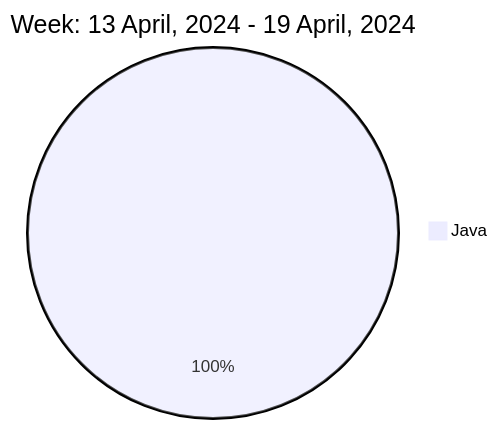
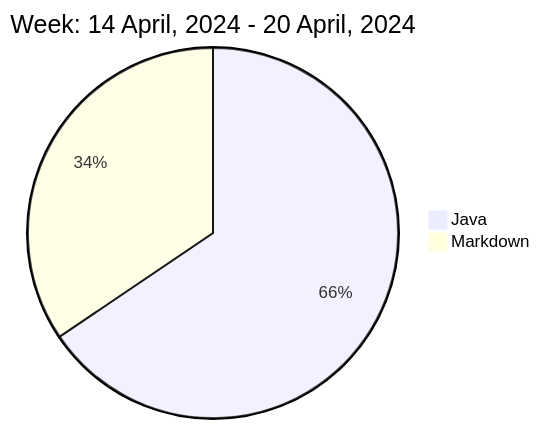
The diagram in README.md (liubin95/liubin95), drawn with Mermaid before and after one commit.

Commit message:
Updated the Graph with new Metrics

````diff
--- a/README.md
+++ b/README.md
@@ -37,5 +37,6 @@
 ```mermaid
  pie
-title Week: 13 April, 2024 - 19 April, 2024
- "Java" : 0.87
+title Week: 14 April, 2024 - 20 April, 2024
+ "Java" : 2.13
+ "Markdown" : 1.12
 ```
````
